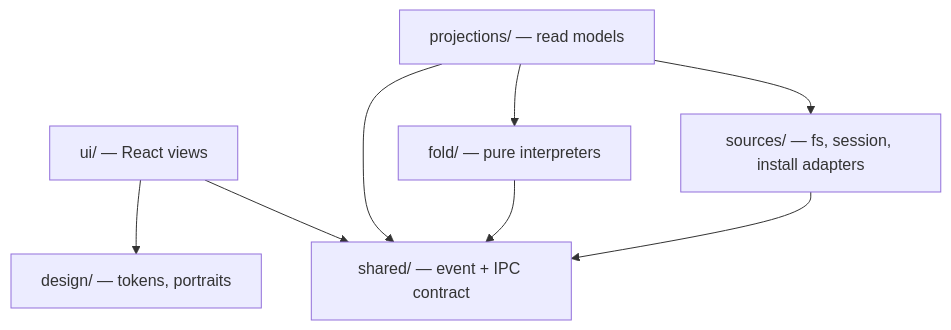
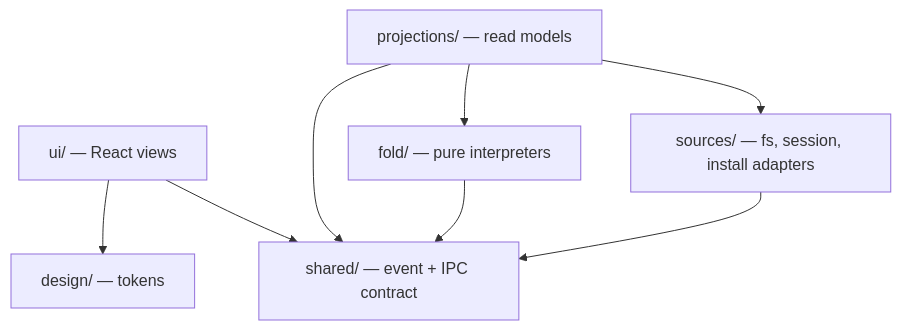
Before and after one commit to sherifmatta/bmad-harness: the first of 3 diagrams in _bmad/planning-artifacts/architecture/architecture-bmad-harness-2026-09-23/ARCHITECTURE-SPINE.md, drawn with Mermaid. The commit also changed other lines of this file and 12 other files, not shown here.

````diff
--- a/_bmad/planning-artifacts/architecture/architecture-bmad-harness-2026-09-23/ARCHITECTURE-SPINE.md
+++ b/_bmad/planning-artifacts/architecture/architecture-bmad-harness-2026-09-23/ARCHITECTURE-SPINE.md
@@ -54,10 +56,10 @@
 ```mermaid
 graph TD
   UI["ui/ — React views"] --> BRIDGE["shared/ — event + IPC contract"]
-  UI --> DESIGN["design/ — tokens, portraits"]
+  UI --> DESIGN["design/ — tokens"]
   PROJ["projections/ — read models"] --> SRC["sources/ — fs, session, install adapters"]
   PROJ --> FOLD["fold/ — pure interpreters"]
   PROJ --> BRIDGE
   SRC --> BRIDGE
   FOLD --> BRIDGE
 ```
````
